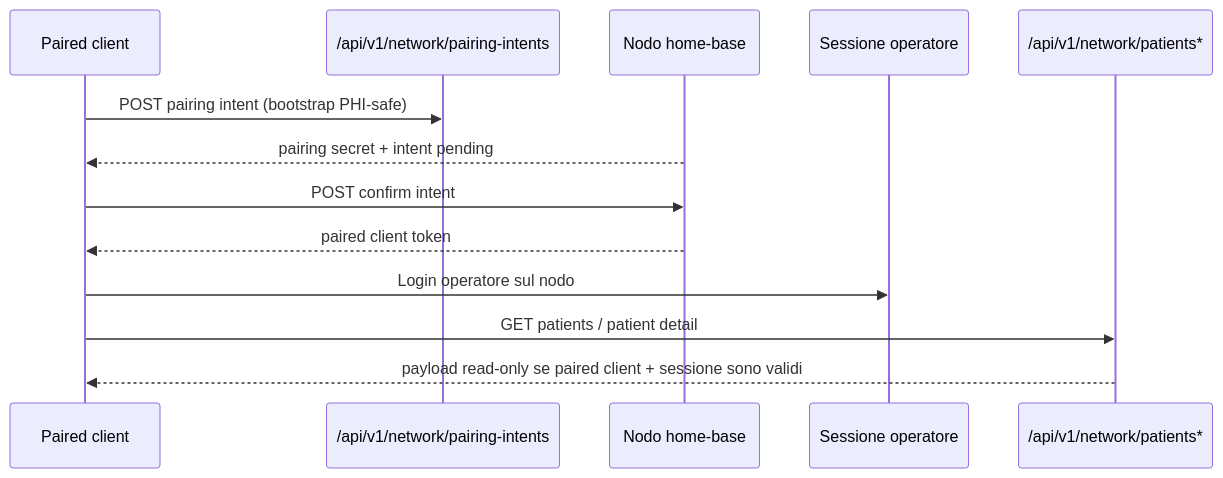
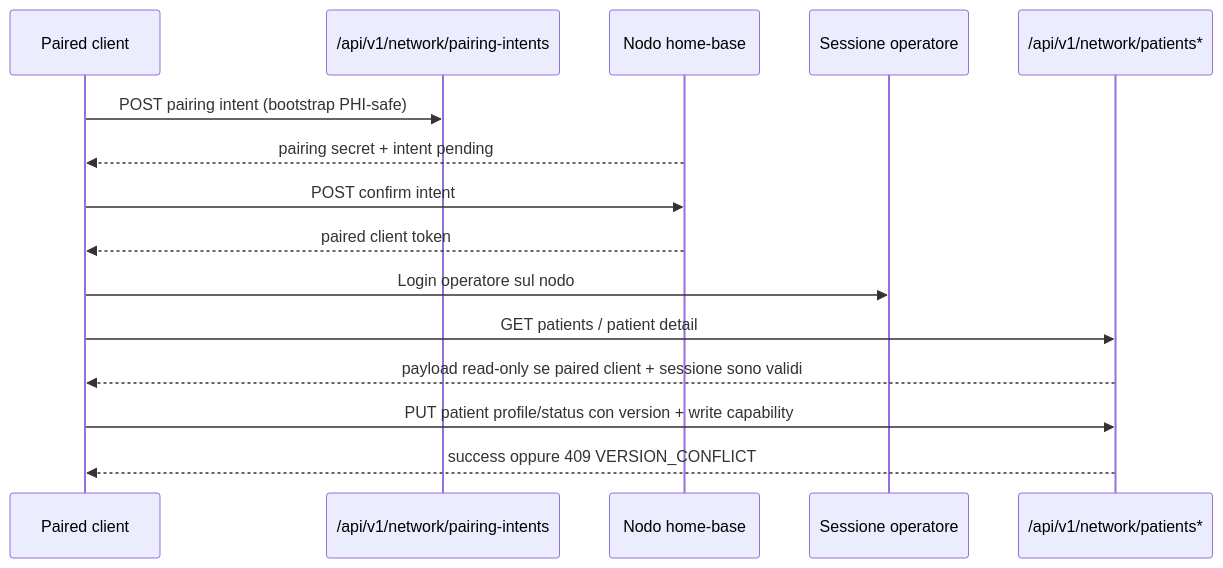
Before and after one commit to Wulfgardr/mediflow: the tenth of 10 diagrams in docs/topologia-dati-flussi.md, drawn with Mermaid. The commit also changed other lines of this file and 29 other files, not shown here.

First line of the commit message:
feat(network): add paired patient profile write boundary

````diff
--- a/docs/topologia-dati-flussi.md
+++ b/docs/topologia-dati-flussi.md
@@ -339,15 +339,17 @@
 ```mermaid
 sequenceDiagram
     participant Client as Paired client
     participant Pair as /api/v1/network/pairing-intents
     participant Node as Nodo home-base
     participant Session as Sessione operatore
     participant Data as /api/v1/network/patients*
     Client->>Pair: POST pairing intent (bootstrap PHI-safe)
     Node-->>Client: pairing secret + intent pending
     Client->>Node: POST confirm intent
     Node-->>Client: paired client token
     Client->>Session: Login operatore sul nodo
     Client->>Data: GET patients / patient detail
     Data-->>Client: payload read-only se paired client + sessione sono validi
+    Client->>Data: PUT patient profile/status con version + write capability
+    Data-->>Client: success oppure 409 VERSION_CONFLICT
 ```
````
